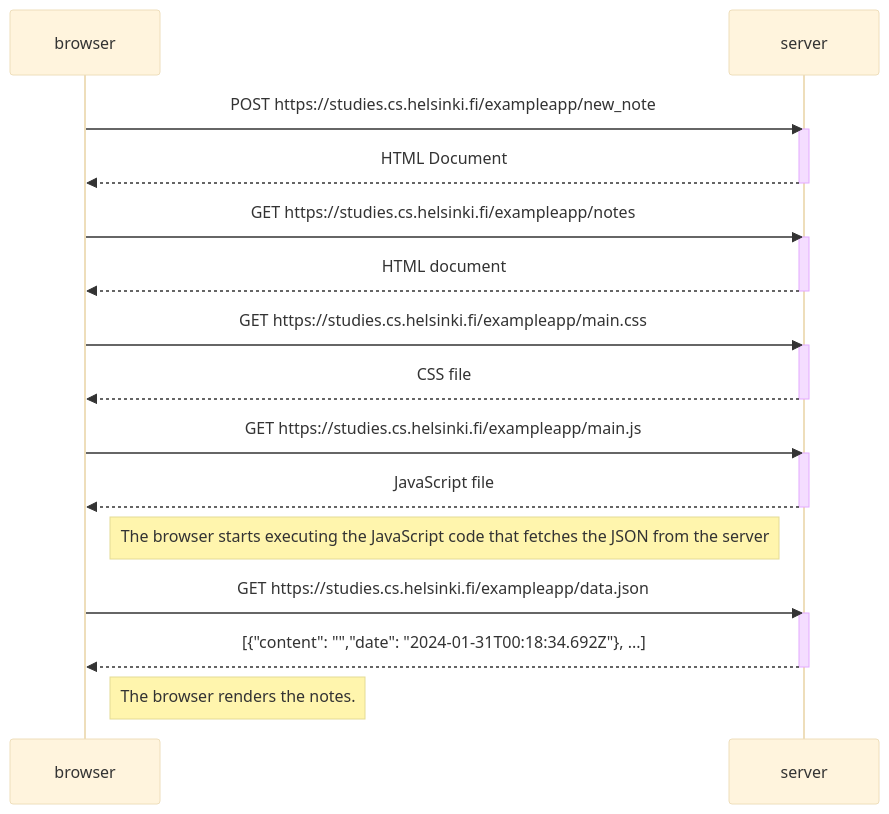
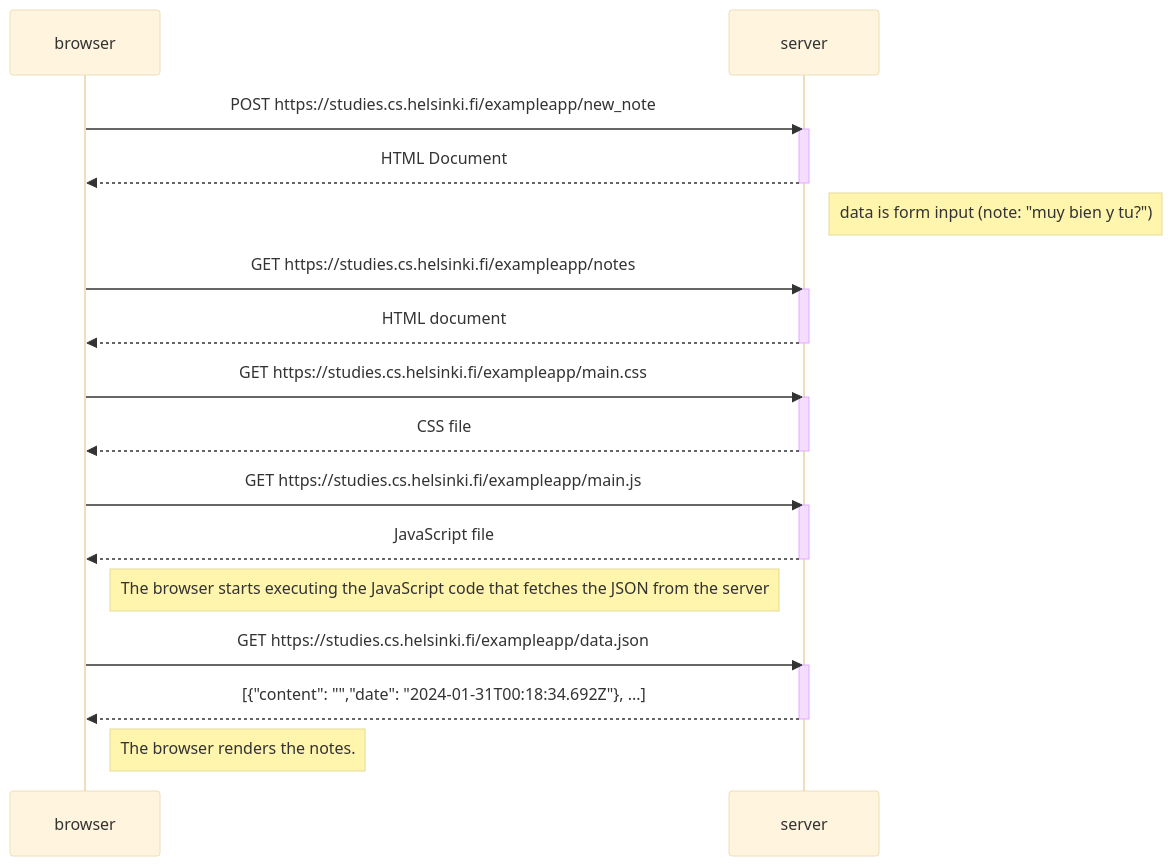
One commit to yasoo-exe/fullStackOpen changed the diagram in part0/0point4.md. Above: the diagram before and after it, drawn with Mermaid (base theme).

````diff
--- a/part0/0point4.md
+++ b/part0/0point4.md
@@ -4,35 +4,37 @@
  ```mermaid
  sequenceDiagram
     participant browser
     participant server
 
     browser->>server: POST https://studies.cs.helsinki.fi/exampleapp/new_note
     activate server
     server-->>browser: HTML Document
     deactivate server
+
+    Note right of server: data is form input (note: "muy bien y tu?")
 
     browser->>server: GET https://studies.cs.helsinki.fi/exampleapp/notes
     activate server
     server-->>browser: HTML document
     deactivate server
 
     browser->>server: GET https://studies.cs.helsinki.fi/exampleapp/main.css
     activate server
     server-->>browser: CSS file
     deactivate server
 
     browser->>server: GET https://studies.cs.helsinki.fi/exampleapp/main.js
     activate server
     server-->>browser: JavaScript file
     deactivate server
 
     Note right of browser: The browser starts executing the JavaScript code that fetches the JSON from the server
 
 
     browser->>server: GET https://studies.cs.helsinki.fi/exampleapp/data.json
     activate server
     server-->>browser: [{"content": "","date": "2024-01-31T00:18:34.692Z"}, ...]
     deactivate server
 
     Note right of browser: The browser renders the notes.
 ```
````
